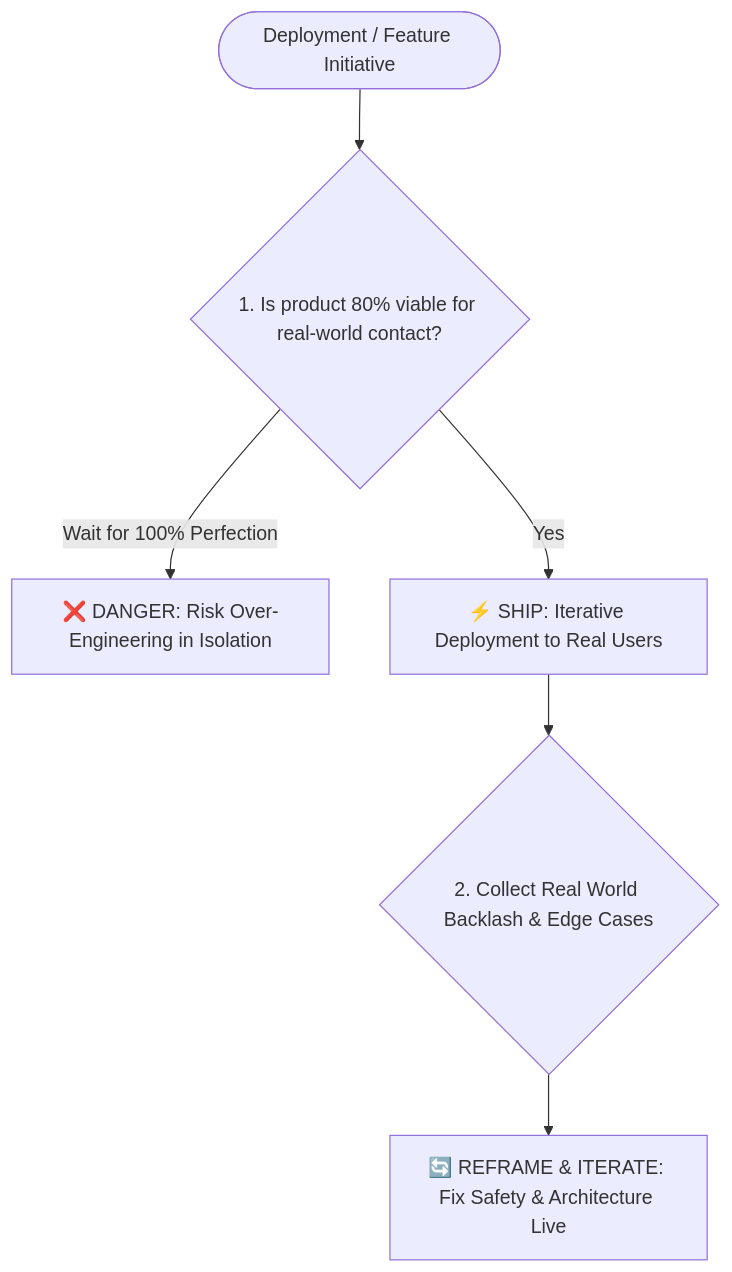
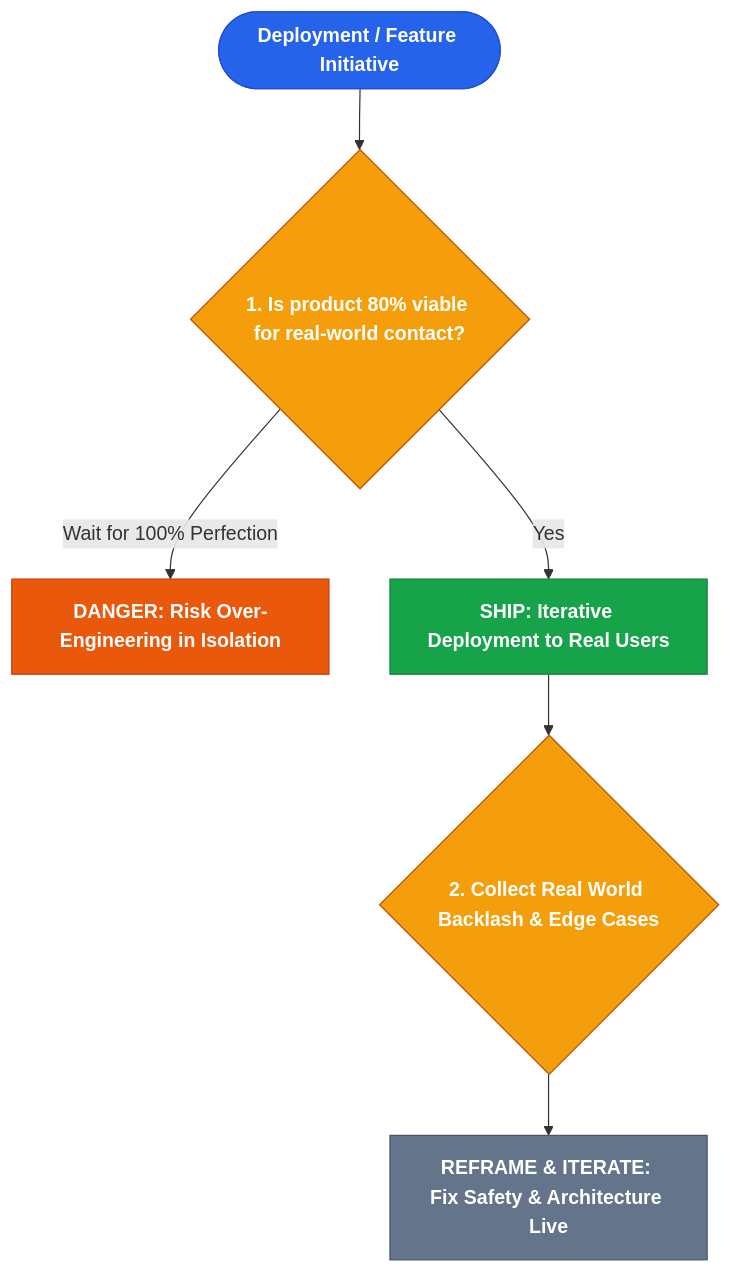
One commit to DOTfei/borrowed-brain-pro changed the diagram in profiles/sam-altman.md. Above: the diagram before and after it, drawn with Mermaid. The commit also changed 12 other files, not shown here.

````diff
--- a/profiles/sam-altman.md
+++ b/profiles/sam-altman.md
@@ -21,10 +21,16 @@
 ```mermaid
 flowchart TD
-    Launch(["Deployment / Feature Initiative"]) --> Readiness{"1. Is product 80% viable for real-world contact?"}
-    
-    Readiness -->|Wait for 100% Perfection| Delay["❌ DANGER: Risk Over-Engineering in Isolation"]
-    Readiness -->|Yes| Ship["⚡ SHIP: Iterative Deployment to Real Users"]
-    
-    Ship --> Feedback{"2. Collect Real World Backlash & Edge Cases"}
-    Feedback --> Reframe["🔄 REFRAME & ITERATE: Fix Safety & Architecture Live"]
+    Start(["Deployment / Feature Initiative"]):::start --> Q1{"1. Is product 80% viable for real-world contact?"}:::decision
+
+    Q1 -->|Wait for 100% Perfection| W1["DANGER: Risk Over-Engineering in Isolation"]:::warning
+    Q1 -->|Yes| S1["SHIP: Iterative Deployment to Real Users"]:::success
+
+    S1 --> Q2{"2. Collect Real World Backlash & Edge Cases"}:::decision
+    Q2 --> R1["REFRAME & ITERATE: Fix Safety & Architecture Live"]:::action
+    classDef start fill:#2563eb,stroke:#1d4ed8,color:#ffffff,font-weight:bold
+    classDef decision fill:#f59e0b,stroke:#b45309,color:#ffffff,font-weight:bold
+    classDef success fill:#16a34a,stroke:#15803d,color:#ffffff,font-weight:bold
+    classDef danger fill:#dc2626,stroke:#b91c1c,color:#ffffff,font-weight:bold
+    classDef warning fill:#ea580c,stroke:#c2410c,color:#ffffff,font-weight:bold
+    classDef action fill:#64748b,stroke:#475569,color:#ffffff,font-weight:bold
 ```
````
